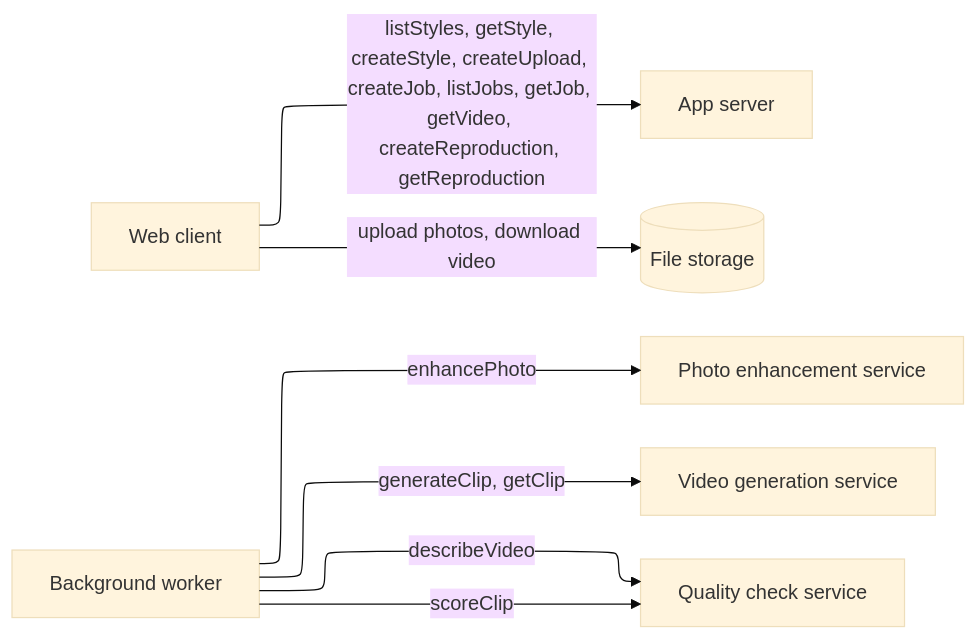
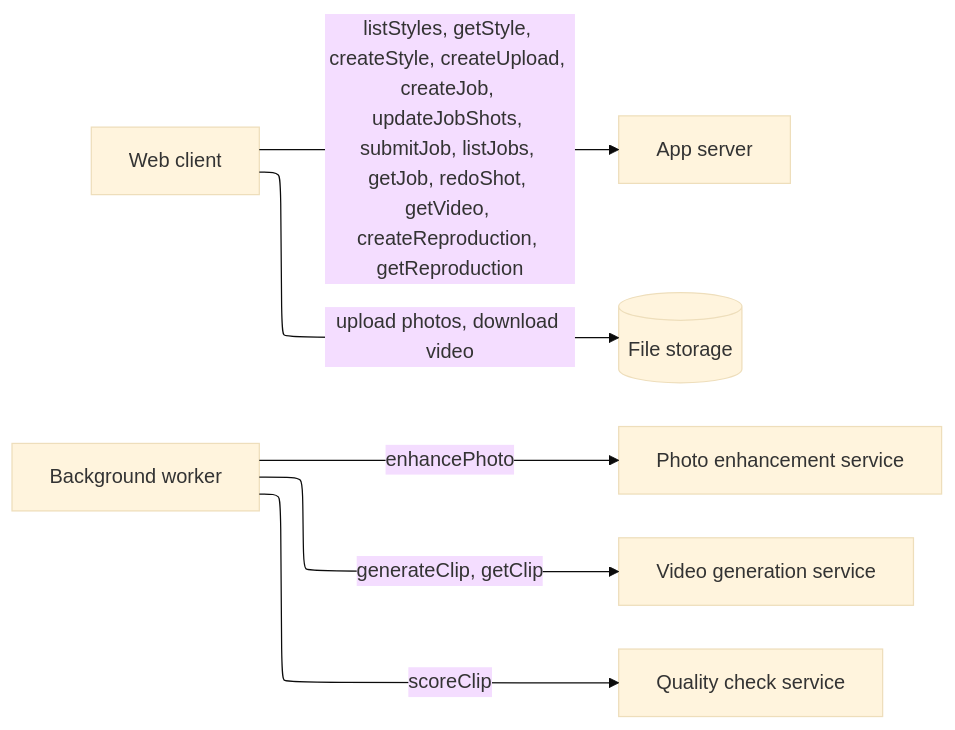
One commit to ThinkBuildMake/autohdr-photo-to-video changed the third of 3 diagrams in docs/HIGH_LEVEL_DESIGN.md. Above: the diagram before and after it, drawn with Mermaid (base theme). The commit also changed other lines of this file and 5 other files, not shown here.

````diff
--- a/docs/HIGH_LEVEL_DESIGN.md
+++ b/docs/HIGH_LEVEL_DESIGN.md
@@ -109,13 +111,12 @@
 ```mermaid
 ---
 config:
   layout: elk
 ---
 flowchart LR
-  client[Web client] -->|listStyles, getStyle, createStyle, createUpload, createJob, listJobs, getJob, getVideo, createReproduction, getReproduction| app[App server]
+  client[Web client] -->|listStyles, getStyle, createStyle, createUpload, createJob, updateJobShots, submitJob, listJobs, getJob, redoShot, getVideo, createReproduction, getReproduction| app[App server]
   client -->|upload photos, download video| files[(File storage)]
   worker[Background worker] -->|enhancePhoto| img[Photo enhancement service]
   worker -->|generateClip, getClip| vid[Video generation service]
   worker -->|scoreClip| qc[Quality check service]
-  worker -->|describeVideo| qc
 ```
````
